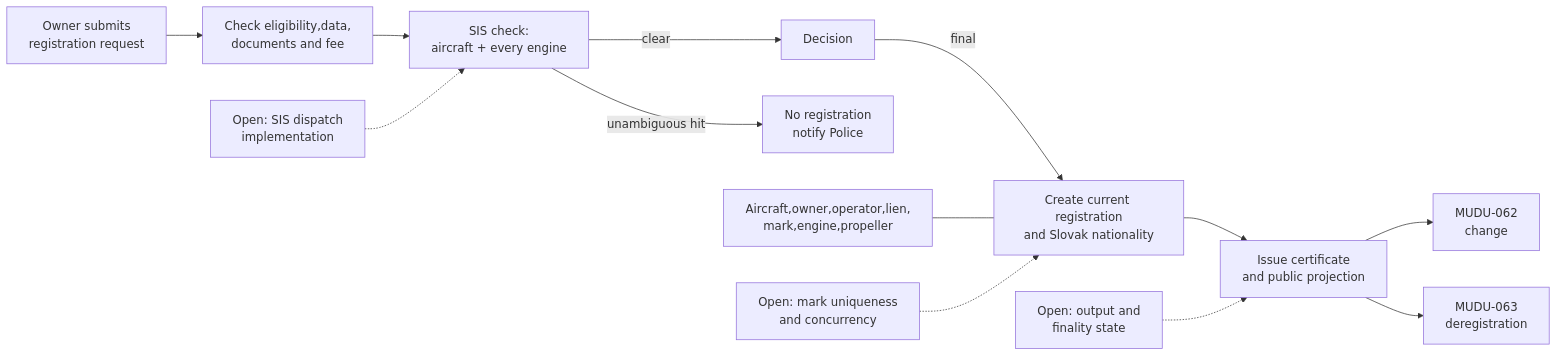
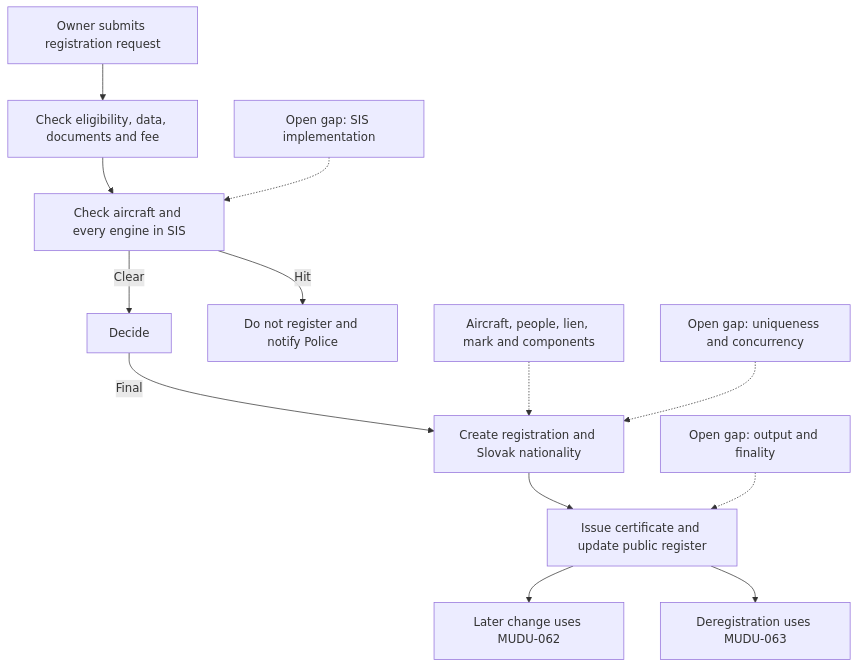
The diagram in examples/MUDU-061/graph.md (fixerivan/mudu-process-definition-standard), drawn with Mermaid before and after one commit. The commit also changed 8 other files, not shown here.

Commit message:
fix visual graphs and generalize LLM skill

````diff
--- a/examples/MUDU-061/graph.md
+++ b/examples/MUDU-061/graph.md
@@ -5,16 +5,15 @@
 ```mermaid
-flowchart LR
-    A[Owner submits<br/>registration request] --> B[Check eligibility,data,<br/>documents and fee]
-    B --> C[SIS check:<br/>aircraft + every engine]
-    C -->|clear| D[Decision]
-    C -->|unambiguous hit| X[No registration<br/>notify Police]
-    D -->|final| E[Create current registration<br/>and Slovak nationality]
-    E --> F[Issue certificate<br/>and public projection]
-    F --> G[MUDU-062<br/>change]
-    F --> H[MUDU-063<br/>deregistration]
-
-    M[Aircraft,owner,operator,lien,<br/>mark,engine,propeller] --- E
-    G1[Open: SIS dispatch<br/>implementation] -.-> C
-    G2[Open: mark uniqueness<br/>and concurrency] -.-> E
-    G3[Open: output and<br/>finality state] -.-> F
+graph TD
+    A["Owner submits registration request"] --> B["Check eligibility, data, documents and fee"]
+    B --> C["Check aircraft and every engine in SIS"]
+    C -->|Clear| D["Decide"]
+    C -->|Hit| X["Do not register and notify Police"]
+    D -->|Final| E["Create registration and Slovak nationality"]
+    E --> F["Issue certificate and update public register"]
+    F --> G["Later change uses MUDU-062"]
+    F --> H["Deregistration uses MUDU-063"]
+    M["Aircraft, people, lien, mark and components"] -.-> E
+    G1["Open gap: SIS implementation"] -.-> C
+    G2["Open gap: uniqueness and concurrency"] -.-> E
+    G3["Open gap: output and finality"] -.-> F
 ```
````
